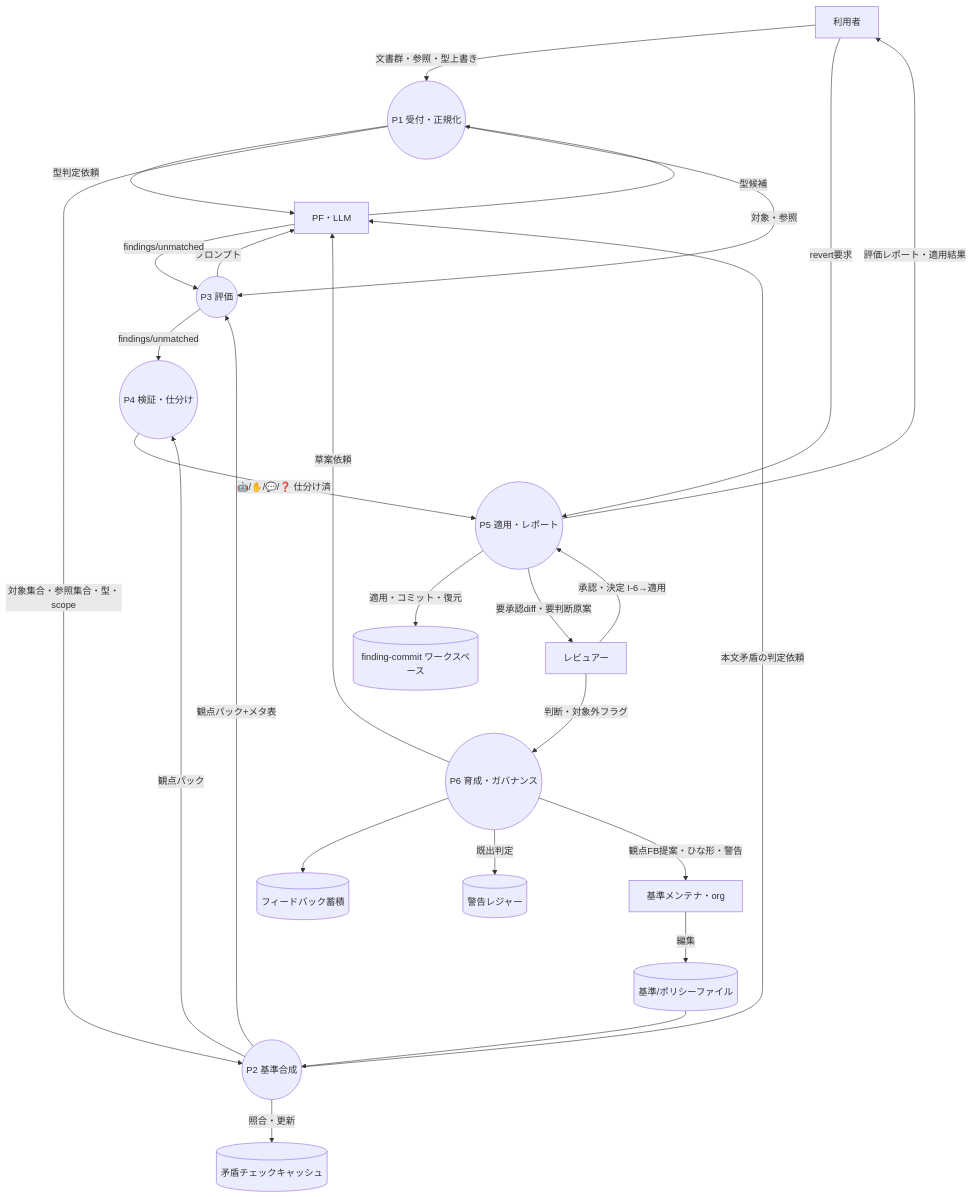
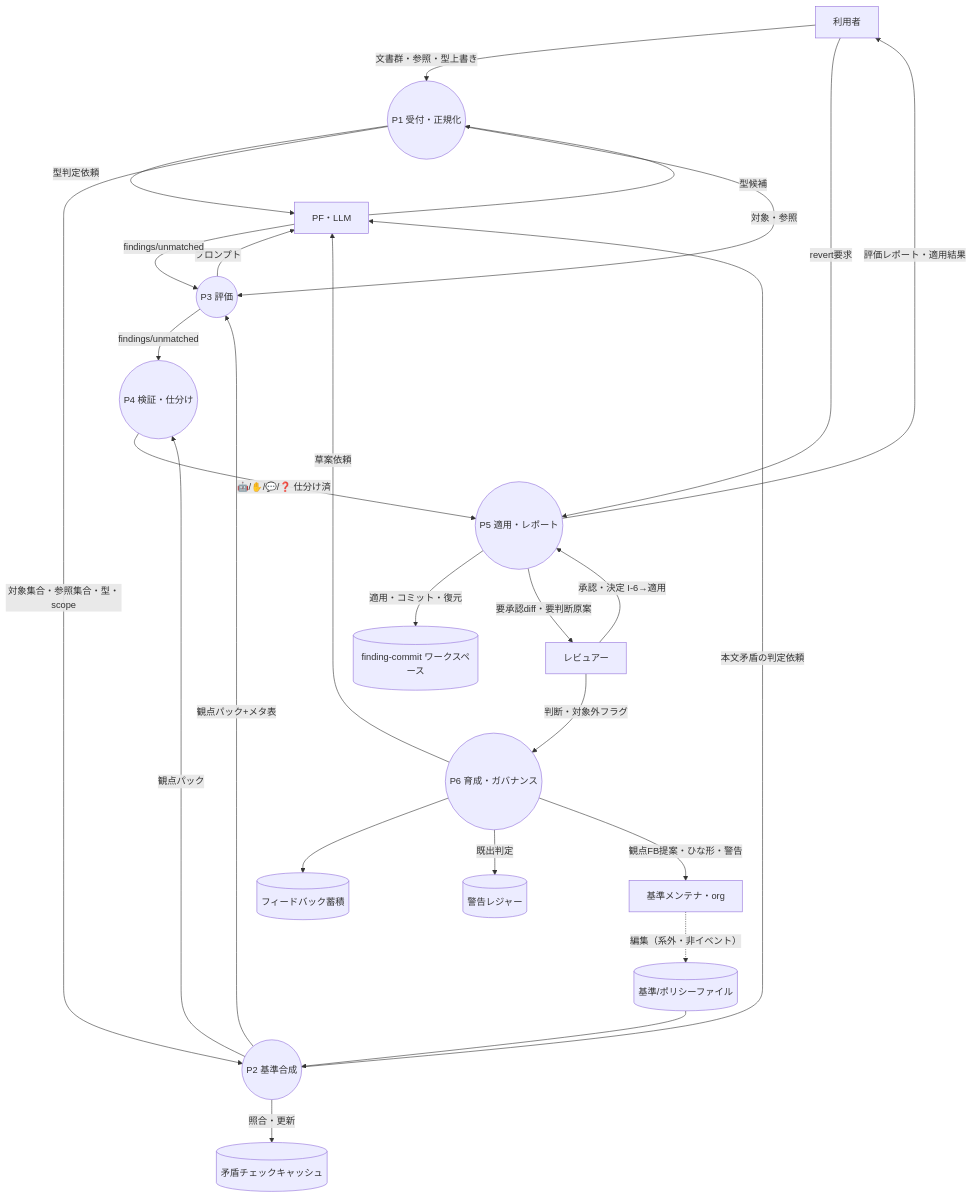
The diagram in docs/process/01-dfd-level1.md (hiratashinnya/review-system), drawn with Mermaid before and after one commit. The commit also changed other lines of this file and 3 other files, not shown here.

````diff
--- a/docs/process/01-dfd-level1.md
+++ b/docs/process/01-dfd-level1.md
@@ -8,46 +8,46 @@
 ```mermaid
 flowchart TB
   User[利用者]
   Reviewer[レビュアー]
   Maintainer[基準メンテナ・org]
   PF[PF・LLM]
 
   DS1[(基準/ポリシーファイル)]
   DS2[(矛盾チェックキャッシュ)]
   DS3[(finding-commit ワークスペース)]
   DS4[(警告レジャー)]
   DS5[(フィードバック蓄積)]
 
   P1((P1 受付・正規化))
   P2((P2 基準合成))
   P3((P3 評価))
   P4((P4 検証・仕分け))
   P5((P5 適用・レポート))
   P6((P6 育成・ガバナンス))
 
   User -->|文書群・参照・型上書き| P1
   P1 -->|型判定依頼| PF
   PF -->|型候補| P1
   P1 -->|対象集合・参照集合・型・scope| P2
   P1 -->|対象・参照| P3
   DS1 --> P2
   P2 -->|照合・更新| DS2
   P2 -->|本文矛盾の判定依頼| PF
   P2 -->|観点パック+メタ表| P3
   P2 -->|観点パック| P4
   P3 -->|プロンプト| PF
   PF -->|findings/unmatched| P3
   P3 -->|findings/unmatched| P4
   P4 -->|🤖/✋/💬/❓ 仕分け済| P5
   User -->|revert要求| P5
   P5 -->|適用・コミット・復元| DS3
   P5 -->|評価レポート・適用結果| User
   P5 -->|要承認diff・要判断原案| Reviewer
   Reviewer -->|承認・決定 I-6→適用| P5
   Reviewer -->|判断・対象外フラグ| P6
   P6 --> DS5
   P6 -->|既出判定| DS4
   P6 -->|草案依頼| PF
   P6 -->|観点FB提案・ひな形・警告| Maintainer
-  Maintainer -->|編集| DS1
+  Maintainer -.->|編集（系外・非イベント）| DS1
 ```
````
